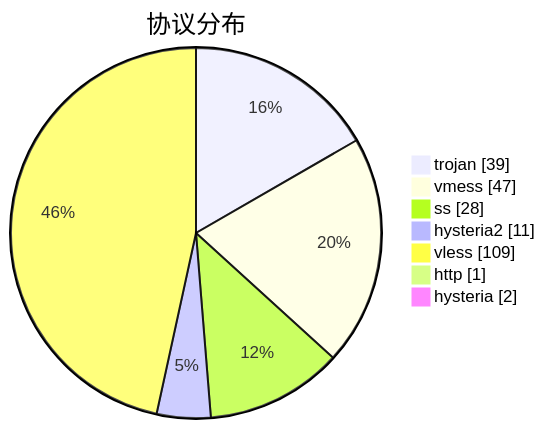
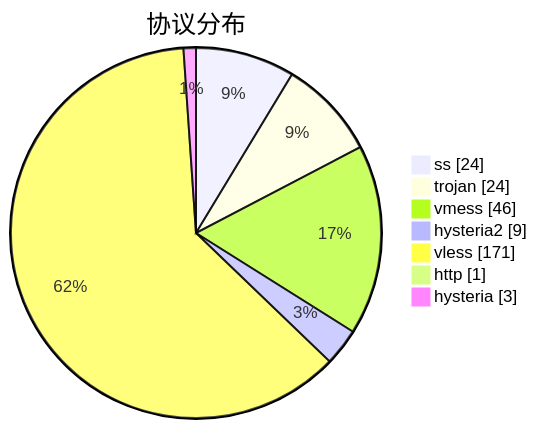
One commit to sinspired/airport changed the third of 3 diagrams in subs/statistics/tested_within.md. Above: the diagram before and after it, drawn with Mermaid. The commit also changed other lines of this file and 2 other files, not shown here.

````diff
--- a/subs/statistics/tested_within.md
+++ b/subs/statistics/tested_within.md
@@ -37,11 +37,11 @@
 ```mermaid
 pie showData
 title 协议分布
-"trojan" : 39
-"vmess" : 47
-"ss" : 28
-"hysteria2" : 11
-"vless" : 109
+"ss" : 24
+"trojan" : 24
+"vmess" : 46
+"hysteria2" : 9
+"vless" : 171
 "http" : 1
-"hysteria" : 2
+"hysteria" : 3
 ```
````
